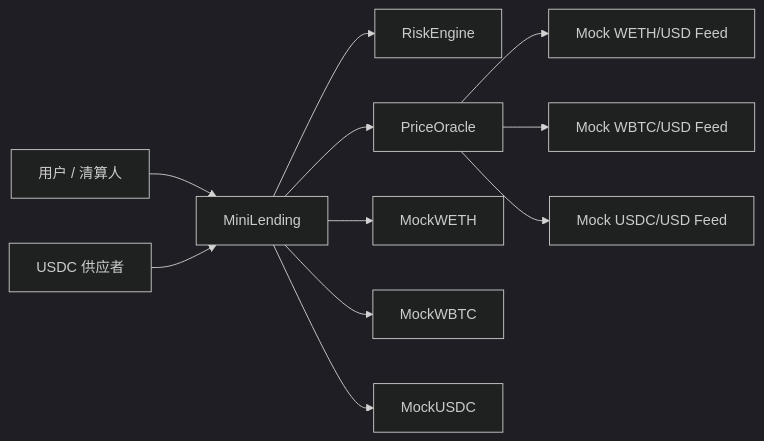
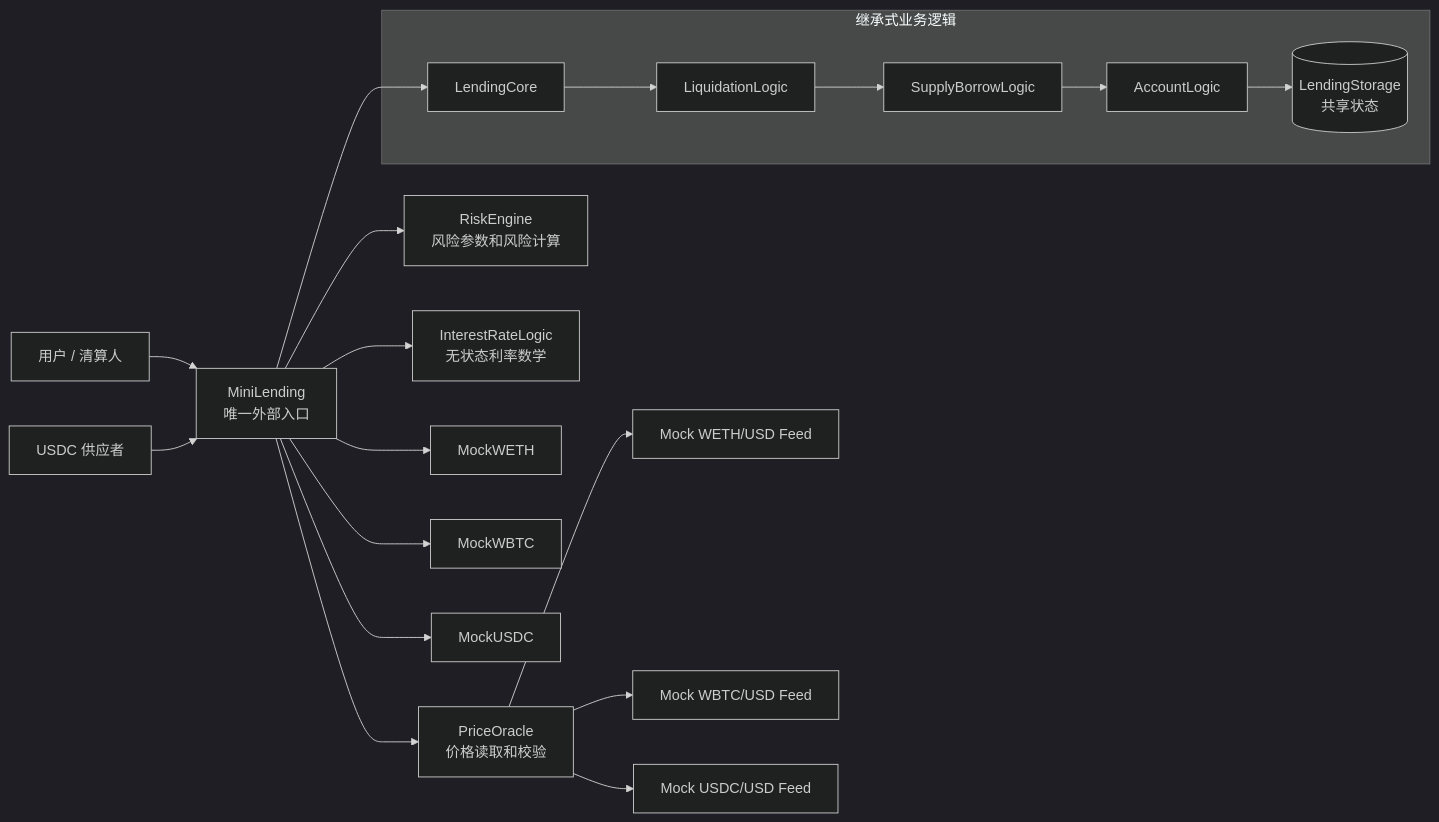
The diagram in README.md (tomenengr/Lending-Protocol), drawn with Mermaid (dark theme) before and after one commit. The commit also changed other lines of this file and 18 other files, not shown here.

Commit message:
fix: correct utilization rate logic, supply/borrow math round-up, and make borrow cap dynamic

````diff
--- a/README.md
+++ b/README.md
@@ -18,13 +18,25 @@
 ```mermaid
 flowchart LR
-    User[用户 / 清算人] --> MiniLending
+    User[用户 / 清算人] --> MiniLending[MiniLending<br/>唯一外部入口]
     Lender[USDC 供应者] --> MiniLending
-    MiniLending --> RiskEngine
-    MiniLending --> PriceOracle
+
+    subgraph Logic[继承式业务逻辑]
+        LendingCore --> LiquidationLogic
+        LiquidationLogic --> SupplyBorrowLogic
+        SupplyBorrowLogic --> AccountLogic
+        AccountLogic --> LendingStorage[(LendingStorage<br/>共享状态)]
+    end
+
+    MiniLending --> LendingCore
+    MiniLending --> RiskEngine[RiskEngine<br/>风险参数和风险计算]
+    MiniLending --> PriceOracle[PriceOracle<br/>价格读取和校验]
+    MiniLending --> InterestRateLogic[InterestRateLogic<br/>无状态利率数学]
+
     PriceOracle --> WETHFeed[Mock WETH/USD Feed]
     PriceOracle --> WBTCFeed[Mock WBTC/USD Feed]
     PriceOracle --> USDCFeed[Mock USDC/USD Feed]
+
     MiniLending --> WETH[MockWETH]
     MiniLending --> WBTC[MockWBTC]
     MiniLending --> USDC[MockUSDC]
 ```
````
